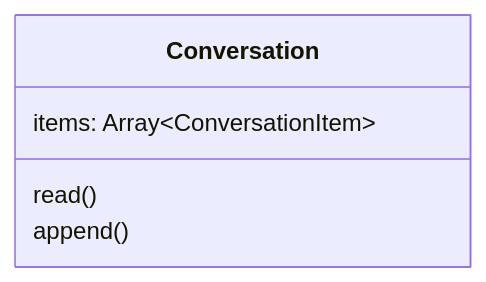
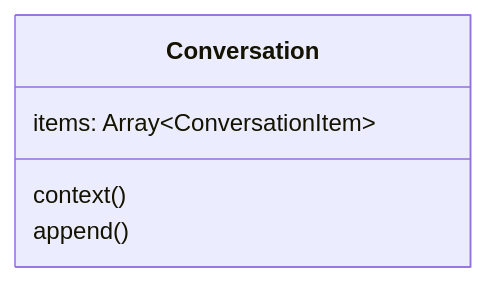
The first of 2 diagrams in design/conversation.md (maozy13/walle), drawn with Mermaid before and after one commit. The commit also changed other lines of this file and 3 other files, not shown here.

Commit message:
refactor: .read() -> .context()

````diff
--- a/design/conversation.md
+++ b/design/conversation.md
@@ -5,9 +5,9 @@
 ```mermaid
 classDiagram
 
 class Conversation {
     items: Array~ConversationItem~
-    read()
+    context()
     append()
 }
 ```
````
